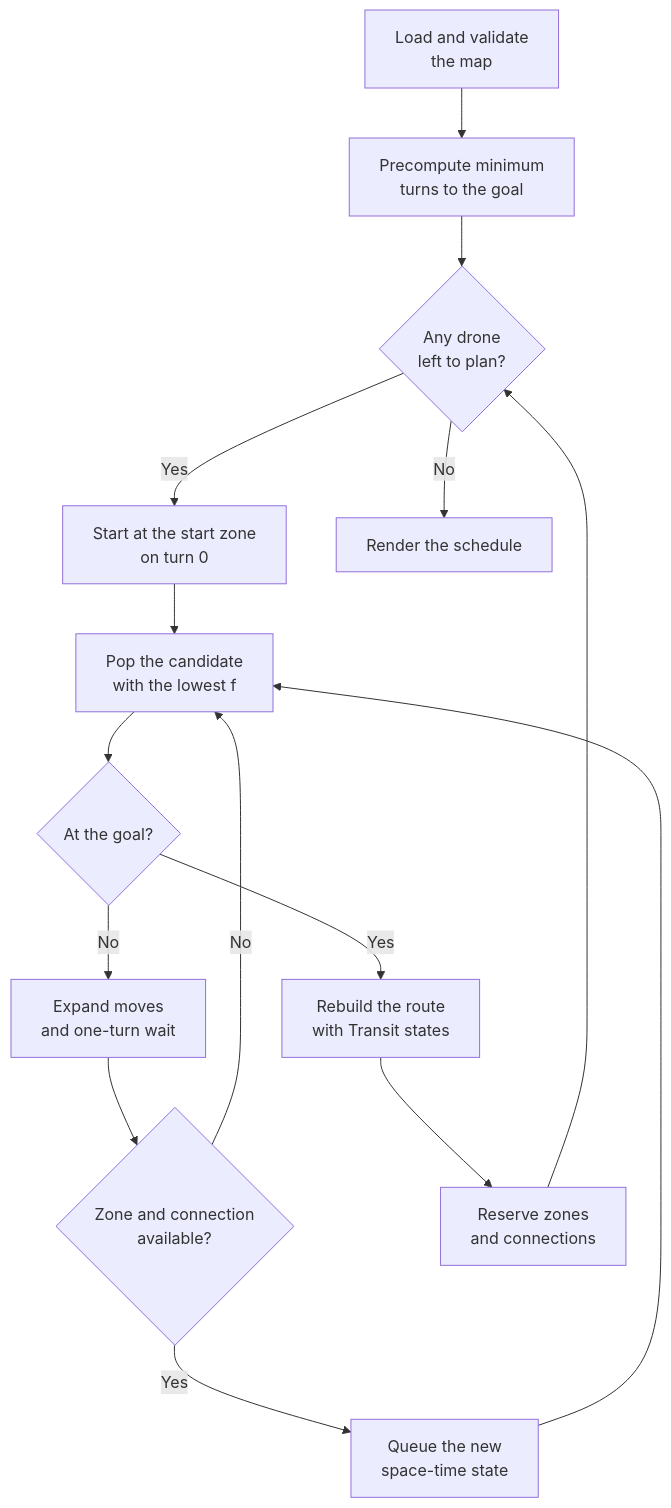
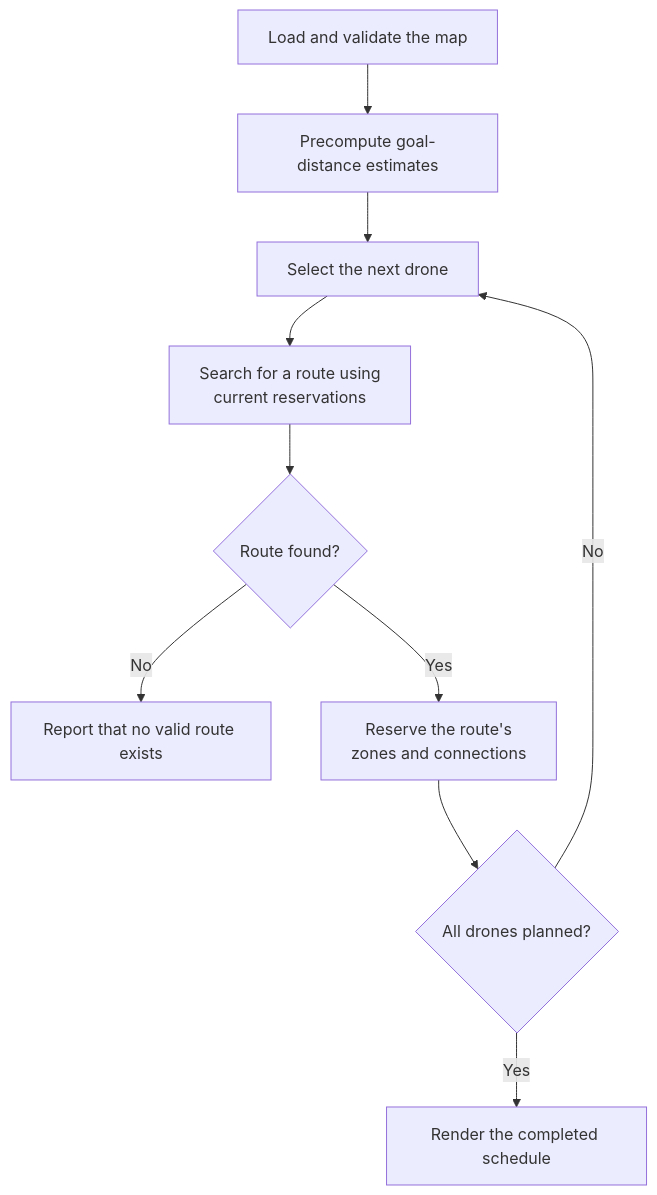
The first of 2 diagrams in README.md (tsito2602/42cursus-fly_in), drawn with Mermaid before and after one commit. The commit also changed other lines of this file and 1 other file, not shown here.

```diff
--- a/README.md
+++ b/README.md
@@ -210,17 +214,12 @@
 ~~~mermaid
 flowchart TD
-    A["Load and validate<br/>the map"] --> B["Precompute minimum<br/>turns to the goal"]
-    B --> C{"Any drone<br/>left to plan?"}
-    C -- Yes --> D["Start at the start zone<br/>on turn 0"]
-    D --> E["Pop the candidate<br/>with the lowest f"]
-    E --> F{At the goal?}
-    F -- No --> G["Expand moves<br/>and one-turn wait"]
-    G --> H{"Zone and connection<br/>available?"}
-    H -- No --> E
-    H -- Yes --> I["Queue the new<br/>space-time state"]
-    I --> E
-    F -- Yes --> J["Rebuild the route<br/>with Transit states"]
-    J --> K["Reserve zones<br/>and connections"]
-    K --> C
-    C -- No --> L[Render the schedule]
+    A["Load and validate the map"] --> B["Precompute goal-distance estimates"]
+    B --> C["Select the next drone"]
+    C --> D["Search for a route using<br/>current reservations"]
+    D --> E{"Route found?"}
+    E -- No --> F["Report that no valid route exists"]
+    E -- Yes --> G["Reserve the route's<br/>zones and connections"]
+    G --> H{"All drones planned?"}
+    H -- No --> C
+    H -- Yes --> I["Render the completed schedule"]
 ~~~
```
